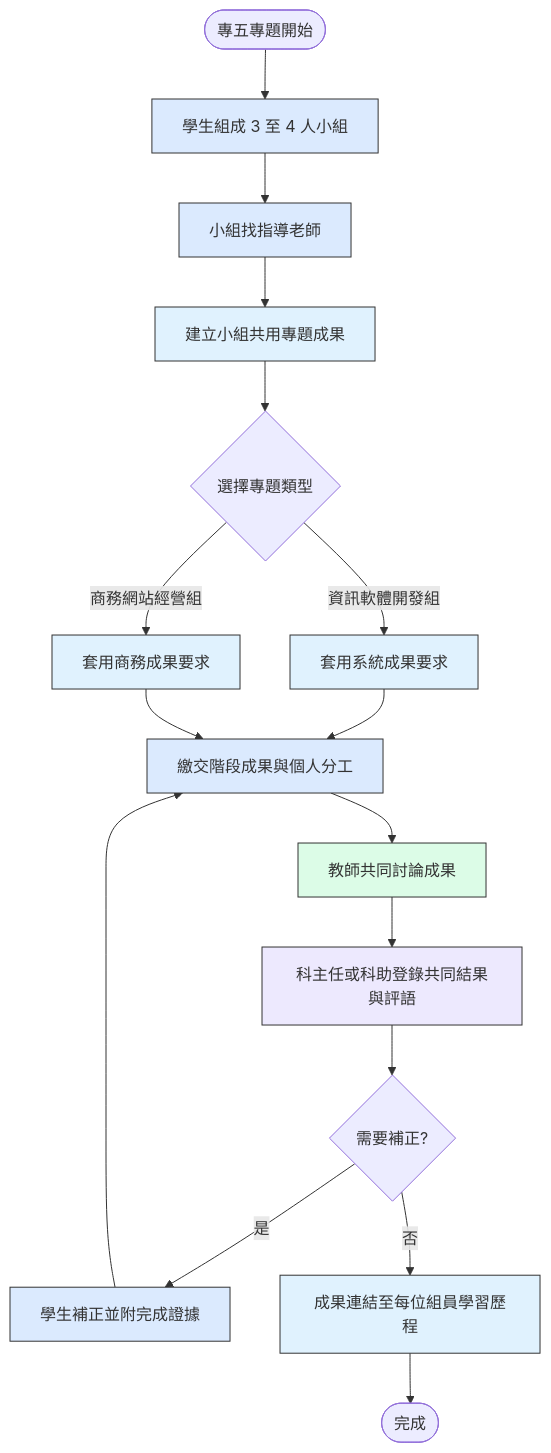
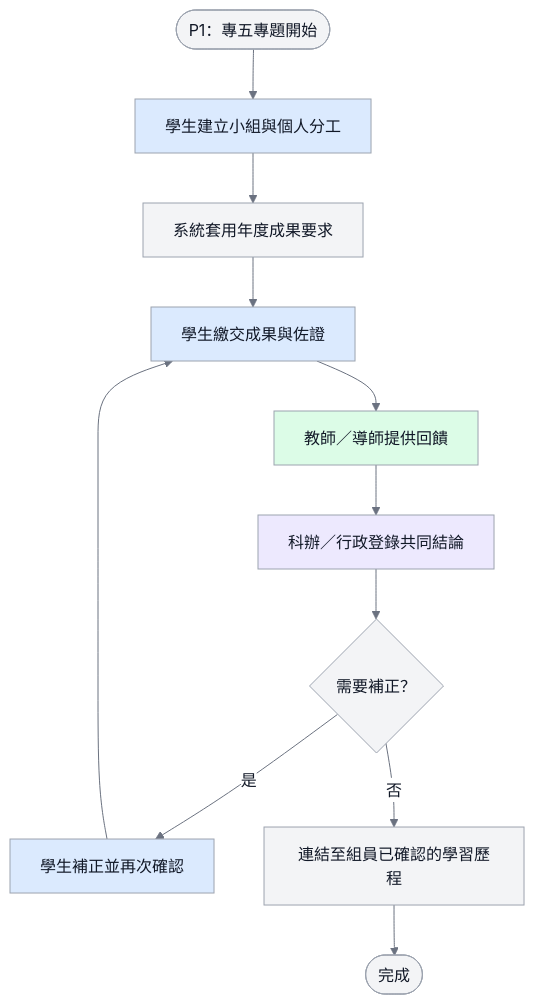
Before and after one commit to vujhdcusa/1028: the diagram in docs/images/D-03-group-project-review-flow.mmd, drawn with Mermaid. The commit also changed 16 other files, not shown here.

Commit message:
docs: correct learning portfolio flow diagrams

```diff
--- a/docs/images/D-03-group-project-review-flow.mmd
+++ b/docs/images/D-03-group-project-review-flow.mmd
@@ -1,22 +1,17 @@
+%%{init: {'theme':'base','themeVariables': {'fontFamily':'Microsoft JhengHei, Noto Sans TC, Arial, sans-serif','primaryColor':'#F3F4F6','primaryTextColor':'#111827','primaryBorderColor':'#9CA3AF','lineColor':'#6B7280','edgeLabelBackground':'#FFFFFF'}}}%%
 flowchart TD
-    classDef student fill:#DBEAFE,stroke:#333;
-    classDef teacher fill:#DCFCE7,stroke:#333;
-    classDef staff fill:#EDE9FE,stroke:#333;
-    classDef backend fill:#E0F2FE,stroke:#333;
-    classDef alert fill:#FEE2E2,stroke:#333;
+    classDef student fill:#DBEAFE,stroke:#9CA3AF,color:#111827,stroke-width:1px;
+    classDef teacher fill:#DCFCE7,stroke:#9CA3AF,color:#111827,stroke-width:1px;
+    classDef staff fill:#EDE9FE,stroke:#9CA3AF,color:#111827,stroke-width:1px;
+    classDef system fill:#F3F4F6,stroke:#9CA3AF,color:#111827,stroke-width:1px;
 
-    Start([專五專題開始]) --> Team[學生組成 3 至 4 人小組]:::student
-    Team --> Advisor[小組找指導老師]:::student
-    Advisor --> Record[建立小組共用專題成果]:::backend
-    Record --> Template{選擇專題類型}
-    Template -- 資訊軟體開發組 --> Software[套用系統成果要求]:::backend
-    Template -- 商務網站經營組 --> Business[套用商務成果要求]:::backend
-    Software --> Submit[繳交階段成果與個人分工]:::student
-    Business --> Submit
-    Submit --> Discuss[教師共同討論成果]:::teacher
-    Discuss --> RecordDecision[科主任或科助登錄共同結果與評語]:::staff
-    RecordDecision --> Revision{需要補正?}
-    Revision -- 是 --> Fix[學生補正並附完成證據]:::student
+    Start([P1：專五專題開始]) --> Team[學生建立小組與個人分工]:::student
+    Team --> Template[系統套用年度成果要求]:::system
+    Template --> Submit[學生繳交成果與佐證]:::student
+    Submit --> Teacher[教師／導師提供回饋]:::teacher
+    Teacher --> Staff[科辦／行政登錄共同結論]:::staff
+    Staff --> Revision{需要補正？}
+    Revision -- 是 --> Fix[學生補正並再次確認]:::student
     Fix --> Submit
-    Revision -- 否 --> Link[成果連結至每位組員學習歷程]:::backend
+    Revision -- 否 --> Link[連結至組員已確認的學習歷程]:::system
     Link --> End([完成])
```
